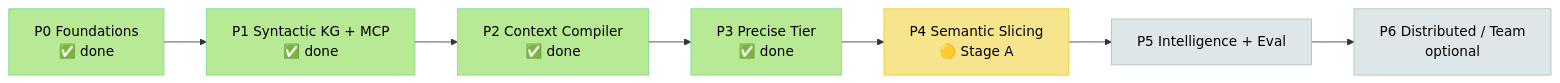
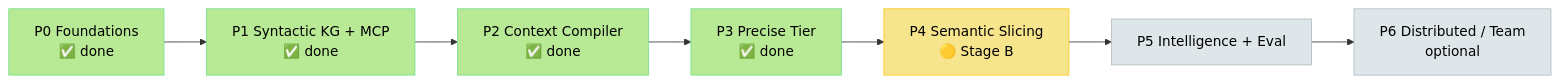
Before and after one commit to Md-Jazbee/prism: the first of 2 diagrams in docs/planning/TASKS-AND-PROGRESS.md, drawn with Mermaid. The commit also changed other lines of this file and 18 other files, not shown here.

````diff
--- a/docs/planning/TASKS-AND-PROGRESS.md
+++ b/docs/planning/TASKS-AND-PROGRESS.md
@@ -26,17 +26,17 @@
 ```mermaid
 flowchart LR
     P0[P0 Foundations<br/>✅ done] --> P1[P1 Syntactic KG + MCP<br/>✅ done]
     P1 --> P2[P2 Context Compiler<br/>✅ done]
     P2 --> P3[P3 Precise Tier<br/>✅ done]
-    P3 --> P4[P4 Semantic Slicing<br/>🟡 Stage A]
+    P3 --> P4[P4 Semantic Slicing<br/>🟡 Stage B]
     P4 --> P5[P5 Intelligence + Eval]
     P5 --> P6[P6 Distributed / Team<br/>optional]
 
     style P0 fill:#b8e994,stroke:#78e08f,color:#000
     style P1 fill:#b8e994,stroke:#78e08f,color:#000
     style P2 fill:#b8e994,stroke:#78e08f,color:#000
     style P3 fill:#b8e994,stroke:#78e08f,color:#000
     style P4 fill:#f6e58d,stroke:#f9ca24,color:#000
     style P5 fill:#dfe6e9,stroke:#b2bec3,color:#000
     style P6 fill:#dfe6e9,stroke:#b2bec3,color:#000
 ```
````
